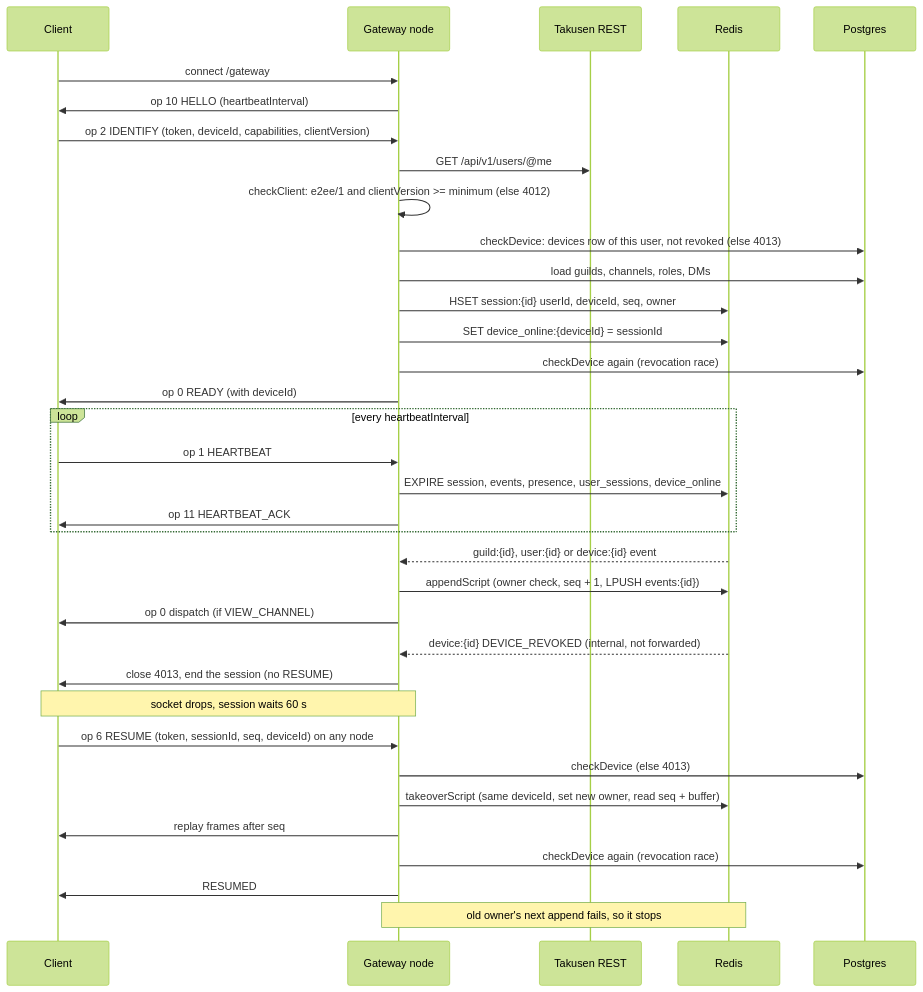
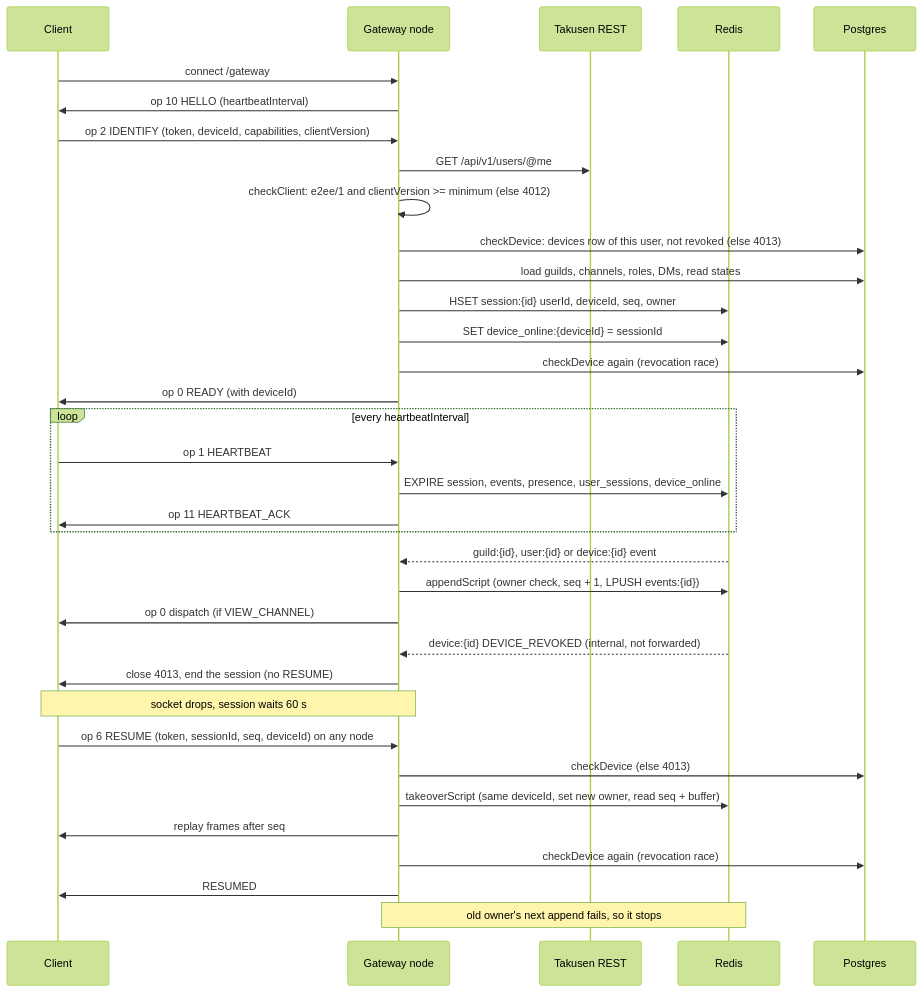
One commit to dan-hummelstad/hachiman changed the third of 5 diagrams in apps/hachiman-server/README.md. Above: the diagram before and after it, drawn with Mermaid (forest theme). The commit also changed other lines of this file and 9 other files, not shown here.

````diff
--- a/apps/hachiman-server/README.md
+++ b/apps/hachiman-server/README.md
@@ -125,38 +127,38 @@
 ```mermaid
 sequenceDiagram
   participant C as Client
   participant G as Gateway node
   participant T as Takusen REST
   participant R as Redis
   participant P as Postgres
 
   C->>G: connect /gateway
   G->>C: op 10 HELLO (heartbeatInterval)
   C->>G: op 2 IDENTIFY (token, deviceId, capabilities, clientVersion)
   G->>T: GET /api/v1/users/@me
   G->>G: checkClient: e2ee/1 and clientVersion >= minimum (else 4012)
   G->>P: checkDevice: devices row of this user, not revoked (else 4013)
-  G->>P: load guilds, channels, roles, DMs
+  G->>P: load guilds, channels, roles, DMs, read states
   G->>R: HSET session:{id} userId, deviceId, seq, owner
   G->>R: SET device_online:{deviceId} = sessionId
   G->>P: checkDevice again (revocation race)
   G->>C: op 0 READY (with deviceId)
   loop every heartbeatInterval
     C->>G: op 1 HEARTBEAT
     G->>R: EXPIRE session, events, presence, user_sessions, device_online
     G->>C: op 11 HEARTBEAT_ACK
   end
   R-->>G: guild:{id}, user:{id} or device:{id} event
   G->>R: appendScript (owner check, seq + 1, LPUSH events:{id})
   G->>C: op 0 dispatch (if VIEW_CHANNEL)
   R-->>G: device:{id} DEVICE_REVOKED (internal, not forwarded)
   G->>C: close 4013, end the session (no RESUME)
   Note over C,G: socket drops, session waits 60 s
   C->>G: op 6 RESUME (token, sessionId, seq, deviceId) on any node
   G->>P: checkDevice (else 4013)
   G->>R: takeoverScript (same deviceId, set new owner, read seq + buffer)
   G->>C: replay frames after seq
   G->>P: checkDevice again (revocation race)
   G->>C: RESUMED
   Note over G,R: old owner's next append fails, so it stops
 ```
````
